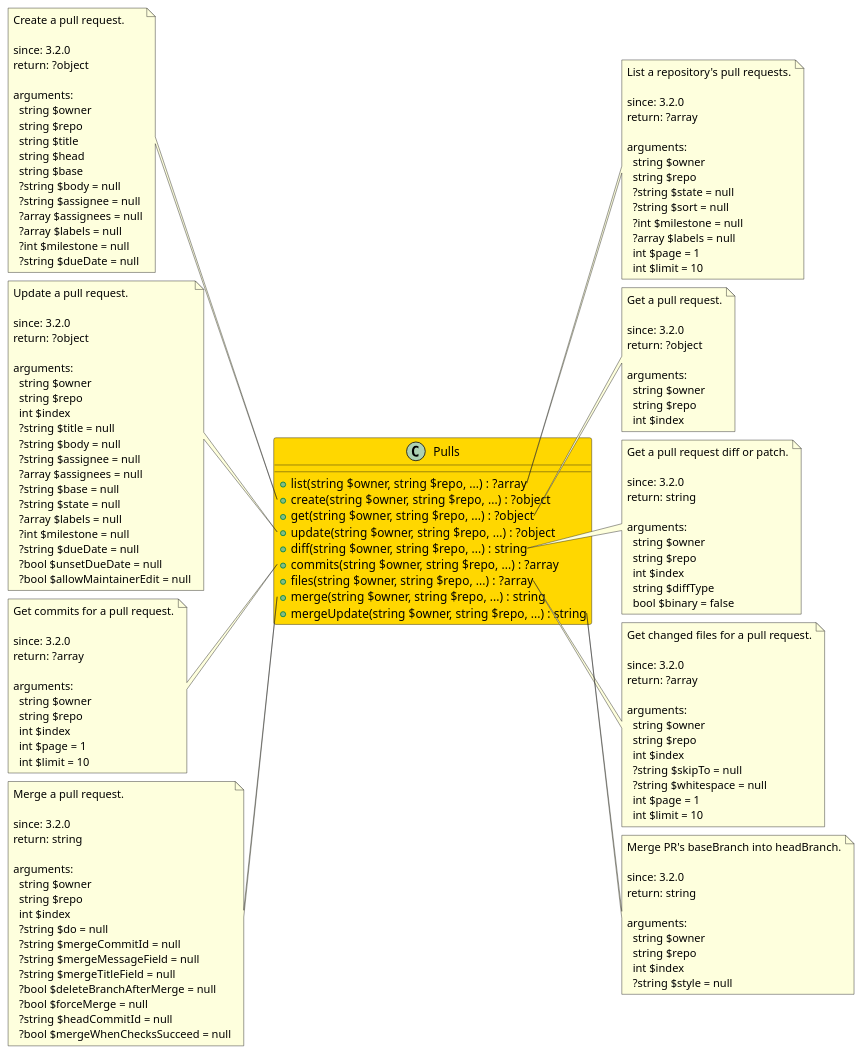
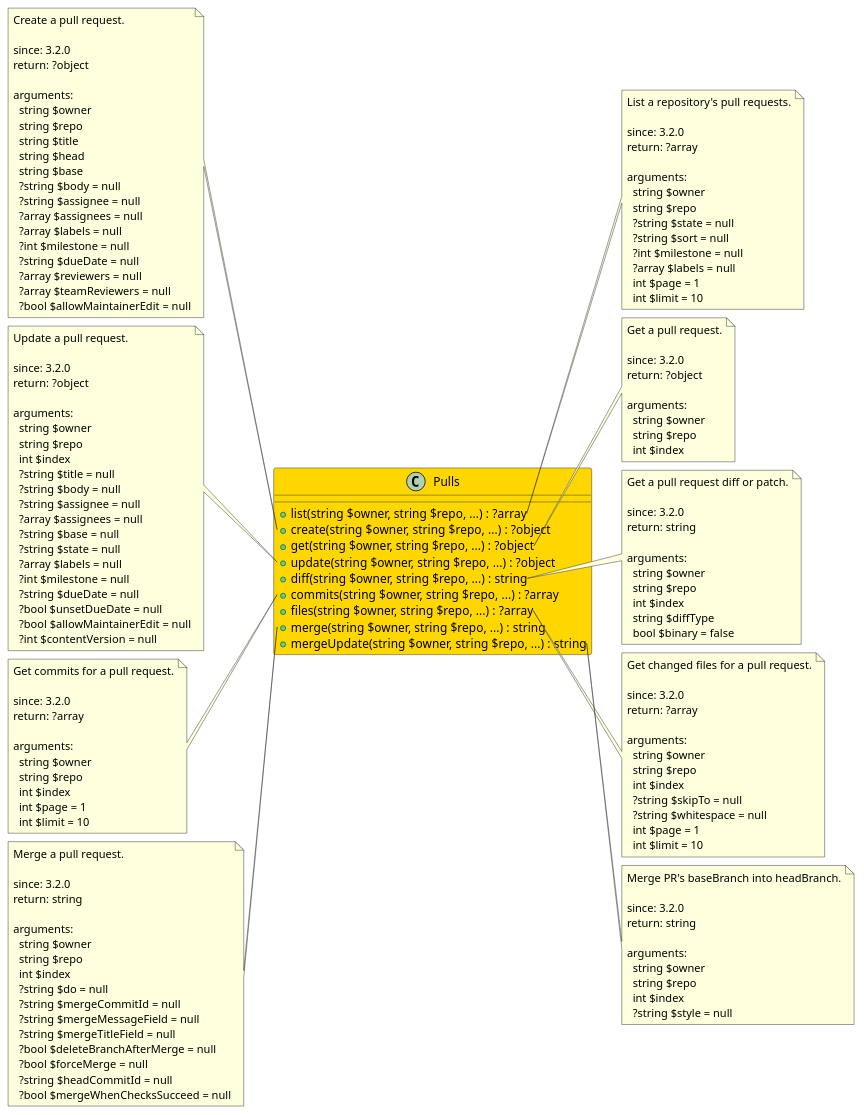
Before and after one commit to joomengine/gitea: the diagram in src/f56114fd-6804-4ce9-8adb-1d521f023c11/README.md, drawn with PlantUML. The commit also changed 370 other files, not shown here.

```diff
--- a/src/f56114fd-6804-4ce9-8adb-1d521f023c11/README.md
+++ b/src/f56114fd-6804-4ce9-8adb-1d521f023c11/README.md
@@ -53,6 +53,9 @@
     ?array $labels = null
     ?int $milestone = null
     ?string $dueDate = null
+    ?array $reviewers = null
+    ?array $teamReviewers = null
+    ?bool $allowMaintainerEdit = null
 end note
 
 note right of Pulls::get
@@ -88,6 +91,7 @@
     ?string $dueDate = null
     ?bool $unsetDueDate = null
     ?bool $allowMaintainerEdit = null
+    ?int $contentVersion = null
 end note
 
 note right of Pulls::diff
```
